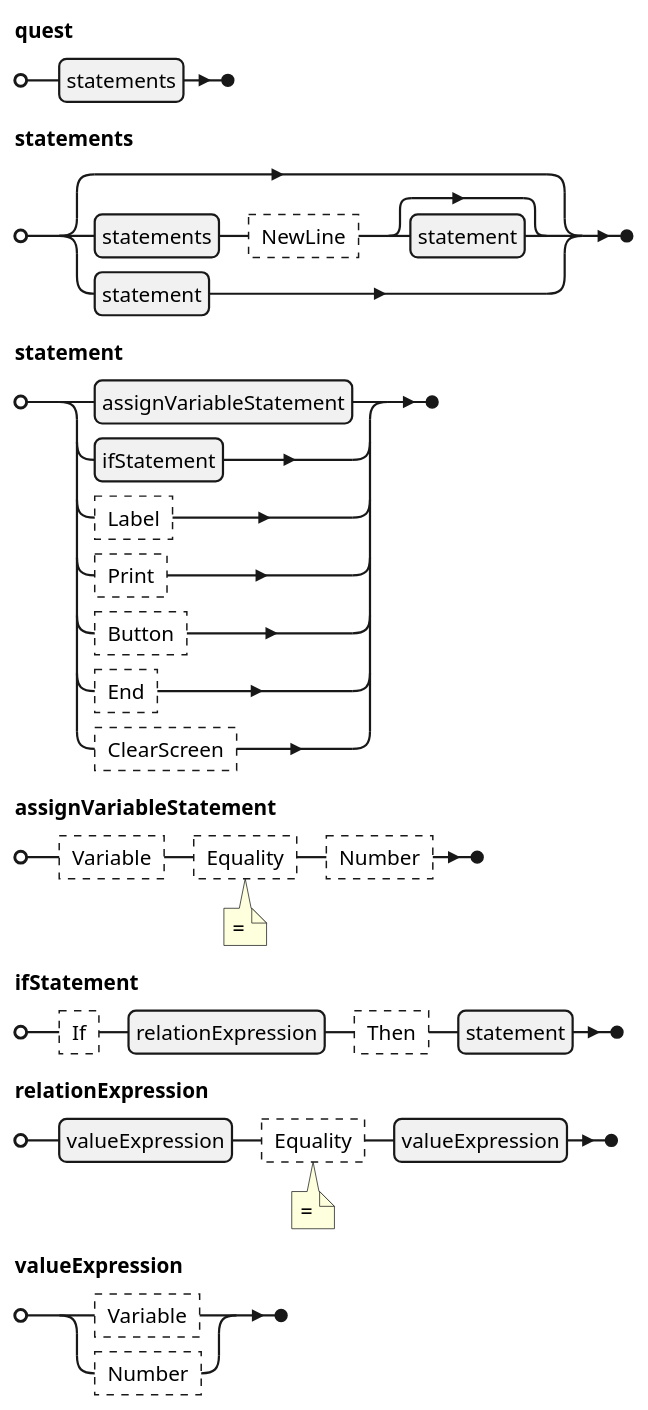
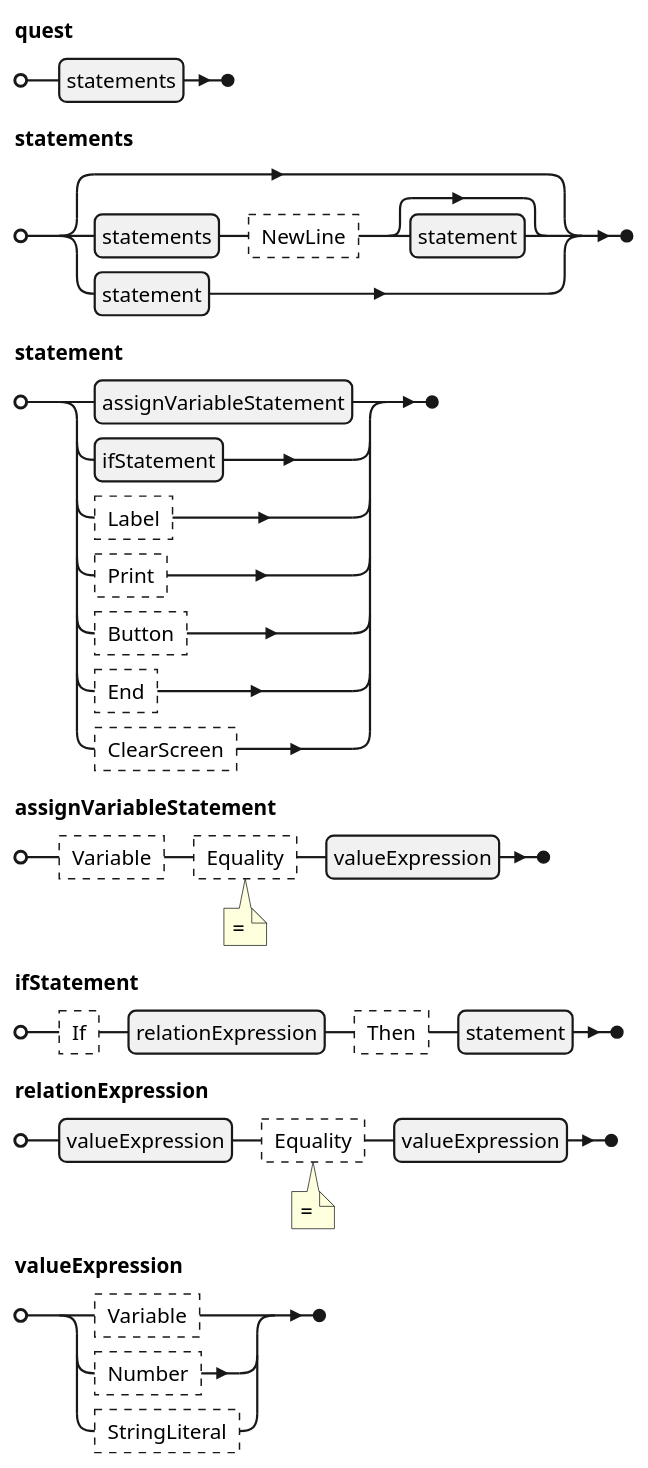
Before and after one commit to realsonic/MURQ: the first of 9 diagrams in Application/MURQ.URQL/docs/URQL Syntax.md, drawn with PlantUML. The commit also changed other lines of this file and 48 other files, not shown here.

````diff
--- a/Application/MURQ.URQL/docs/URQL Syntax.md
+++ b/Application/MURQ.URQL/docs/URQL Syntax.md
@@ -2,27 +2,27 @@
 ```plantuml
 @startebnf URQL
 quest = statements;
 
 statements = [
         statements, ? NewLine ?, [statement]
         | statement
     ];
 
 statement = 
       assignVariableStatement
     | ifStatement
     | ? Label ?
     | ? Print ?
     | ? Button ?
     | ? End ?
     | ? ClearScreen ?;
 
-assignVariableStatement = ? Variable ?,  ? Equality ? (*""=""*), ? Number ?;
+assignVariableStatement = ? Variable ?,  ? Equality ? (*""=""*), valueExpression;
 
 ifStatement = ? If ?, relationExpression, ? Then ?, statement;
 
 relationExpression = valueExpression, ? Equality ? (*""=""*), valueExpression;
 
-valueExpression = ? Variable ? | ? Number ?;
+valueExpression = ? Variable ? | ? Number ? | ? StringLiteral ?;
 @endebnf
 ```
````
